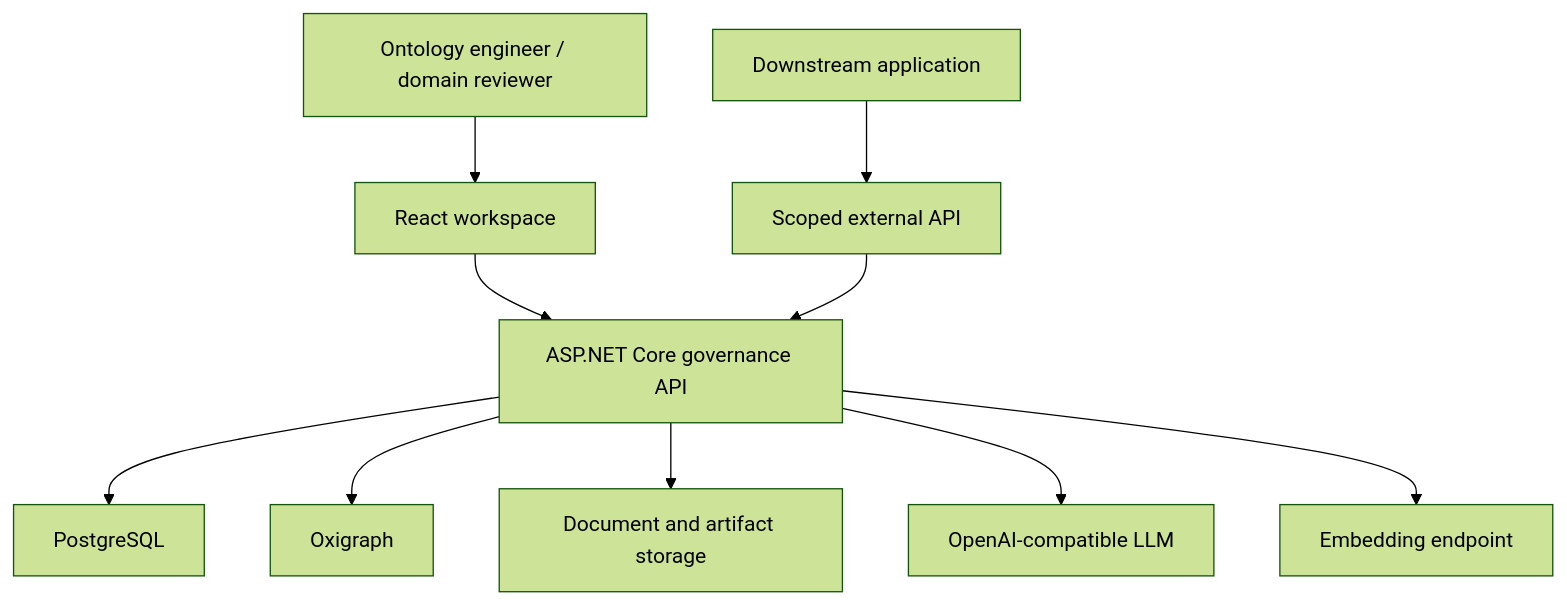
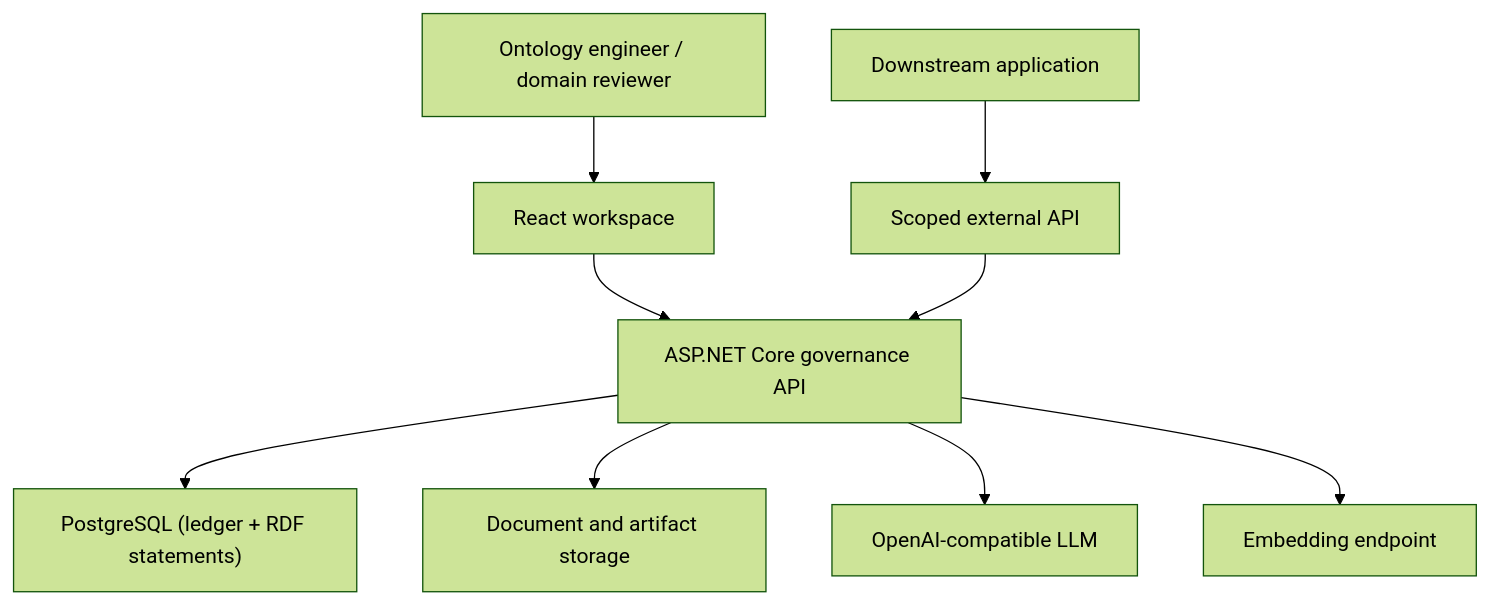
One commit to mlnethub/isestudio changed the first of 5 diagrams in docs/architecture.md. Above: the diagram before and after it, drawn with Mermaid (forest theme). The commit also changed other lines of this file and 108 other files, not shown here.

````diff
--- a/docs/architecture.md
+++ b/docs/architecture.md
@@ -5,12 +5,11 @@
 ```mermaid
 flowchart TB
     HUMAN["Ontology engineer / domain reviewer"] --> UI["React workspace"]
     CLIENT["Downstream application"] --> EXT["Scoped external API"]
     UI --> API["ASP.NET Core governance API"]
     EXT --> API
-    API --> PG["PostgreSQL"]
-    API --> OXI["Oxigraph"]
+    API --> PG["PostgreSQL (ledger + RDF statements)"]
     API --> ART["Document and artifact storage"]
     API --> LLM["OpenAI-compatible LLM"]
     API --> EMB["Embedding endpoint"]
 ```
````
